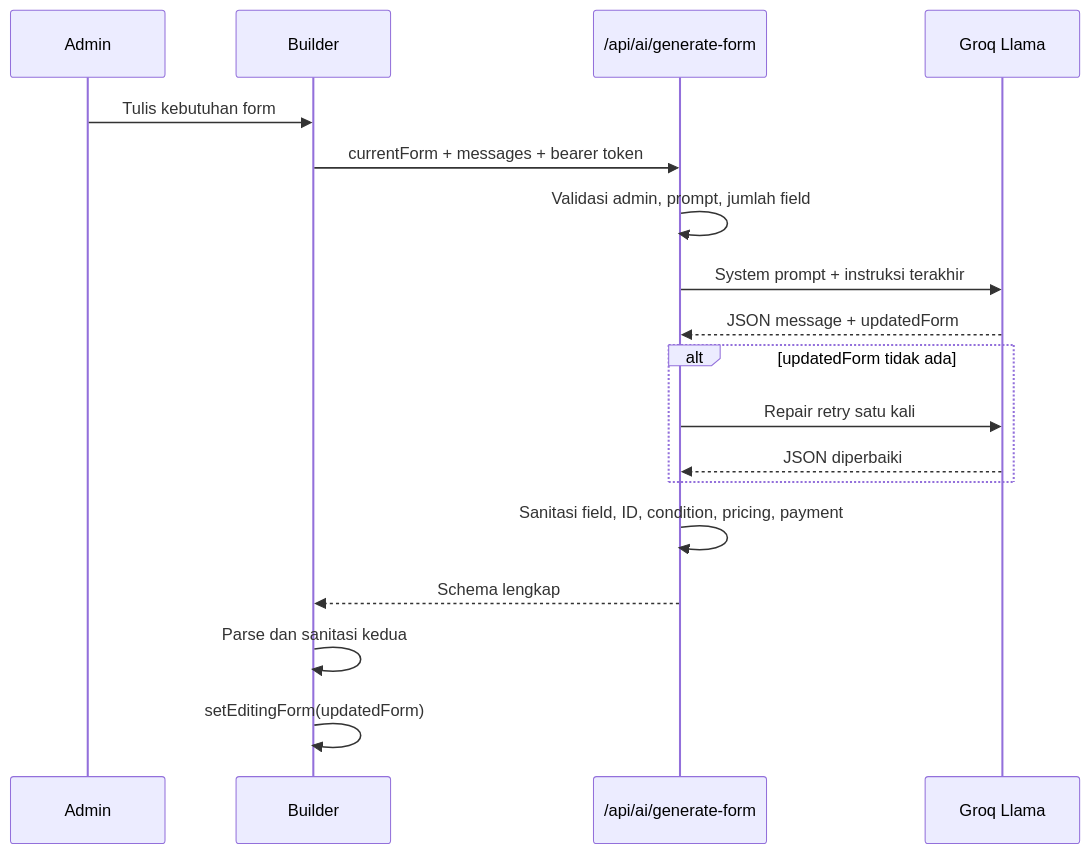
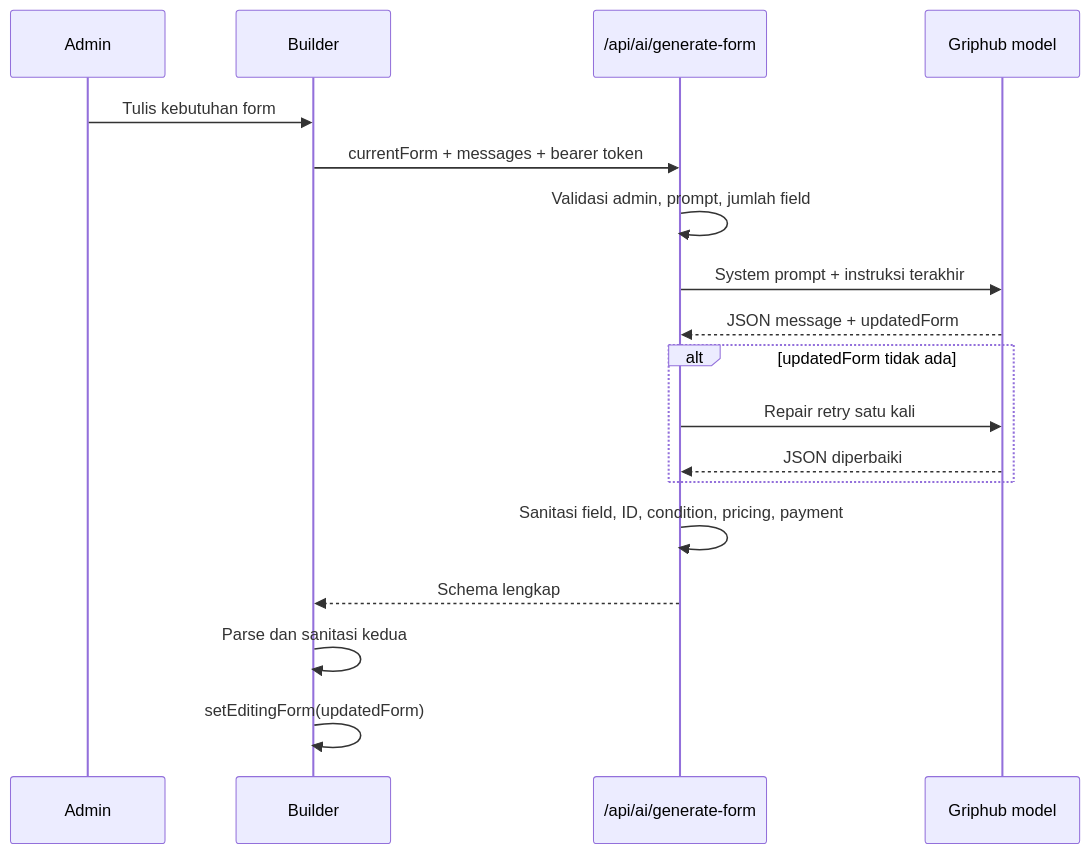
Before and after one commit to Alfanza666/SPSCORNERNEW: the fourth of 7 diagrams in docs/form-studio-v2-review-handoff.md, drawn with Mermaid. The commit also changed other lines of this file and 35 other files, not shown here.

````diff
--- a/docs/form-studio-v2-review-handoff.md
+++ b/docs/form-studio-v2-review-handoff.md
@@ -371,21 +371,21 @@
 ```mermaid
 sequenceDiagram
     participant Admin
     participant Builder
     participant API as /api/ai/generate-form
-    participant Model as Groq Llama
+    participant Model as Griphub model
 
     Admin->>Builder: Tulis kebutuhan form
     Builder->>API: currentForm + messages + bearer token
     API->>API: Validasi admin, prompt, jumlah field
     API->>Model: System prompt + instruksi terakhir
     Model-->>API: JSON message + updatedForm
     alt updatedForm tidak ada
         API->>Model: Repair retry satu kali
         Model-->>API: JSON diperbaiki
     end
     API->>API: Sanitasi field, ID, condition, pricing, payment
     API-->>Builder: Schema lengkap
     Builder->>Builder: Parse dan sanitasi kedua
     Builder->>Builder: setEditingForm(updatedForm)
 ```
````
